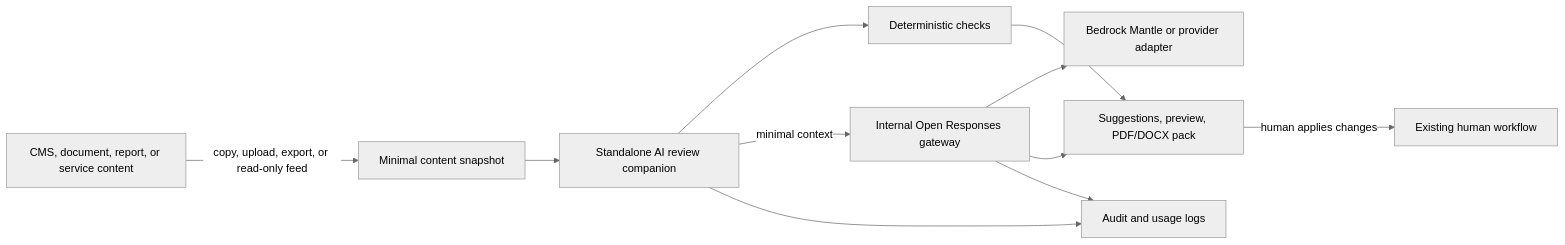
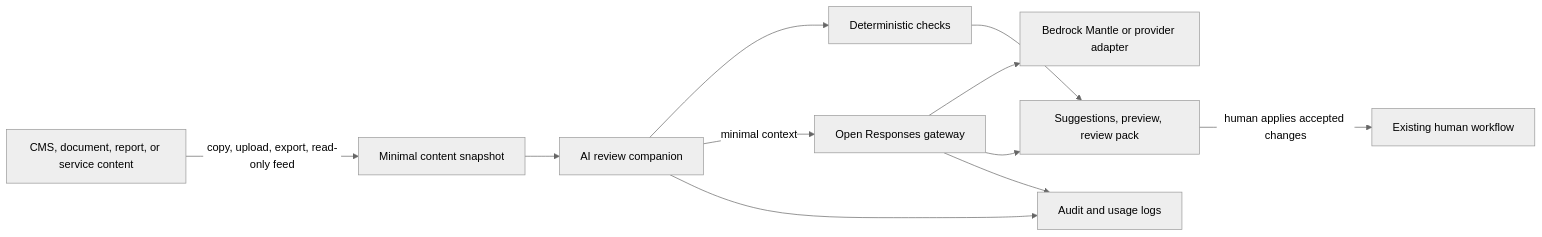
Before and after one commit to wagov-dtt/architecture-decision-records: the diagram in reference-architectures/ai-assisted-digital-services.md, drawn with Mermaid (neutral theme). The commit also changed other lines of this file and 1 other file, not shown here.

Commit message:
Improve AI assistance reference architecture

````diff
--- a/reference-architectures/ai-assisted-digital-services.md
+++ b/reference-architectures/ai-assisted-digital-services.md
@@ -49,23 +43,23 @@
 ```mermaid
 flowchart LR
     source[CMS, document, report, or service content]
     snapshot[Minimal content snapshot]
-    companion[Standalone AI review companion]
+    companion[AI review companion]
     checks[Deterministic checks]
-    gateway[Internal Open Responses gateway]
+    gateway[Open Responses gateway]
     model[Bedrock Mantle or provider adapter]
-    outputs[Suggestions, preview, PDF/DOCX pack]
+    output[Suggestions, preview, review pack]
     workflow[Existing human workflow]
     logs[Audit and usage logs]
 
-    source -->|copy, upload, export, or read-only feed| snapshot
+    source -->|copy, upload, export, read-only feed| snapshot
     snapshot --> companion
     companion --> checks
     companion -->|minimal context| gateway
     gateway --> model
-    checks --> outputs
-    gateway --> outputs
-    outputs -->|human applies changes| workflow
+    checks --> output
+    gateway --> output
+    output -->|human applies accepted changes| workflow
     companion --> logs
     gateway --> logs
 ```
````
